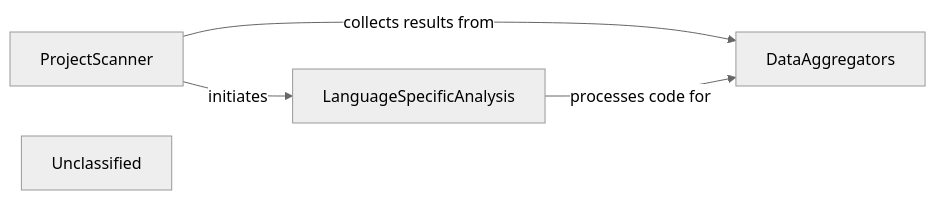
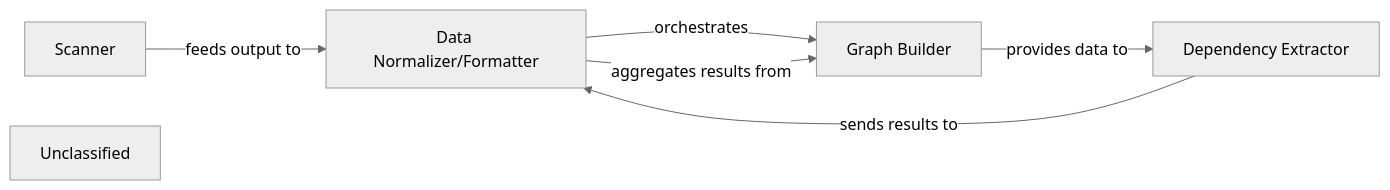
The diagram in .codeboarding/Static_Analysis_Engine.md (CodeBoarding/CodeBoarding), drawn with Mermaid (neutral theme) before and after one commit. The commit also changed other lines of this file and 19 other files, not shown here.

First line of the commit message:
docs: update codeboarding documentation and generate architecture

````diff
--- a/.codeboarding/Static_Analysis_Engine.md
+++ b/.codeboarding/Static_Analysis_Engine.md
@@ -1,10 +1,13 @@
 ```mermaid
 graph LR
-    ProjectScanner["ProjectScanner"]
-    LanguageSpecificAnalysis["LanguageSpecificAnalysis"]
-    DataAggregators["DataAggregators"]
+    Scanner["Scanner"]
+    Graph_Builder["Graph Builder"]
+    Dependency_Extractor["Dependency Extractor"]
+    Data_Normalizer_Formatter["Data Normalizer/Formatter"]
     Unclassified["Unclassified"]
-    ProjectScanner -- "initiates" --> LanguageSpecificAnalysis
-    ProjectScanner -- "collects results from" --> DataAggregators
-    LanguageSpecificAnalysis -- "processes code for" --> DataAggregators
+    Scanner -- "feeds output to" --> Data_Normalizer_Formatter
+    Data_Normalizer_Formatter -- "orchestrates" --> Graph_Builder
+    Graph_Builder -- "provides data to" --> Dependency_Extractor
+    Dependency_Extractor -- "sends results to" --> Data_Normalizer_Formatter
+    Data_Normalizer_Formatter -- "aggregates results from" --> Graph_Builder
 ```
````
